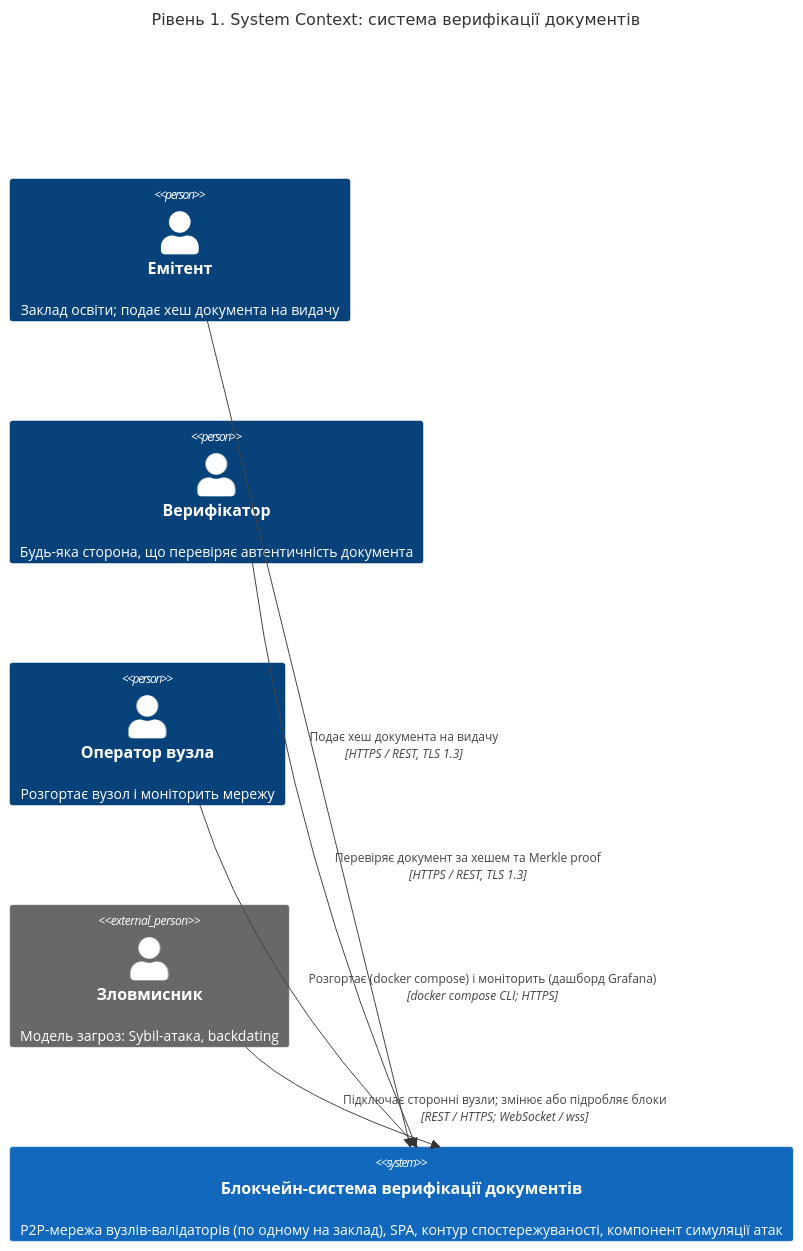
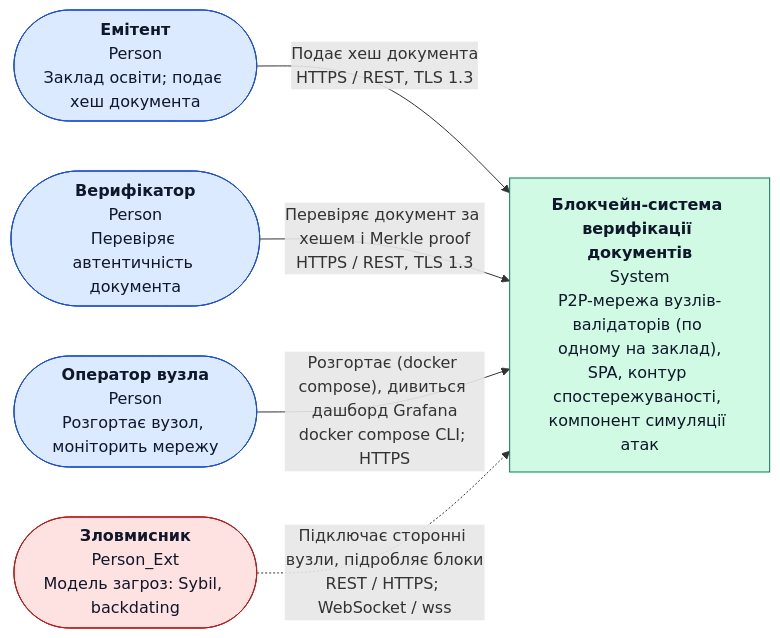
One commit to YakymivDanylo/F2-diploma-project changed the first of 3 diagrams in docs/2_design.md. Above: the diagram before and after it, drawn with Mermaid. The commit also changed other lines of this file, not shown here.

Commit message:
docs(core): redraw C4 diagrams as flowcharts for correct rendering in Obsidian

````diff
--- a/docs/2_design.md
+++ b/docs/2_design.md
@@ -11,16 +11,21 @@
 ```mermaid
-C4Context
-    title Рівень 1. System Context: система верифікації документів
+flowchart LR
+    issuer(["<b>Емітент</b><br/>Person<br/>Заклад освіти; подає хеш документа"])
+    verifier(["<b>Верифікатор</b><br/>Person<br/>Перевіряє автентичність документа"])
+    operator(["<b>Оператор вузла</b><br/>Person<br/>Розгортає вузол, моніторить мережу"])
+    attacker(["<b>Зловмисник</b><br/>Person_Ext<br/>Модель загроз: Sybil, backdating"])
 
-    Person(issuer, "Емітент", "Заклад освіти; подає хеш документа на видачу")
-    Person(verifier, "Верифікатор", "Будь-яка сторона, що перевіряє автентичність документа")
-    Person(operator, "Оператор вузла", "Розгортає вузол і моніторить мережу")
-    Person_Ext(attacker, "Зловмисник", "Модель загроз: Sybil-атака, backdating")
+    sys["<b>Блокчейн-система верифікації документів</b><br/>System<br/>P2P-мережа вузлів-валідаторів (по одному на заклад),<br/>SPA, контур спостережуваності, компонент симуляції атак"]
 
-    System(sys, "Блокчейн-система верифікації документів", "P2P-мережа вузлів-валідаторів (по одному на заклад), SPA, контур спостережуваності, компонент симуляції атак")
+    issuer -->|"Подає хеш документа<br/>HTTPS / REST, TLS 1.3"| sys
+    verifier -->|"Перевіряє документ за хешем і Merkle proof<br/>HTTPS / REST, TLS 1.3"| sys
+    operator -->|"Розгортає (docker compose), дивиться дашборд Grafana<br/>docker compose CLI; HTTPS"| sys
+    attacker -.->|"Підключає сторонні вузли, підробляє блоки<br/>REST / HTTPS; WebSocket / wss"| sys
 
-    Rel(issuer, sys, "Подає хеш документа на видачу", "HTTPS / REST, TLS 1.3")
-    Rel(verifier, sys, "Перевіряє документ за хешем та Merkle proof", "HTTPS / REST, TLS 1.3")
-    Rel(operator, sys, "Розгортає (docker compose) і моніторить (дашборд Grafana)", "docker compose CLI; HTTPS")
-    Rel(attacker, sys, "Підключає сторонні вузли; змінює або підробляє блоки", "REST / HTTPS; WebSocket / wss")
+    classDef person fill:#dbeafe,stroke:#1d4ed8,color:#0f172a;
+    classDef ext fill:#fee2e2,stroke:#b91c1c,color:#0f172a;
+    classDef system fill:#d1fae5,stroke:#047857,color:#0f172a;
+    class issuer,verifier,operator person;
+    class attacker ext;
+    class sys system;
 ```
````
